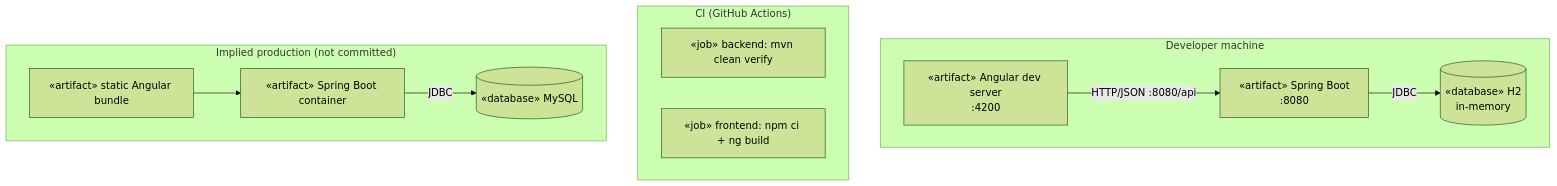
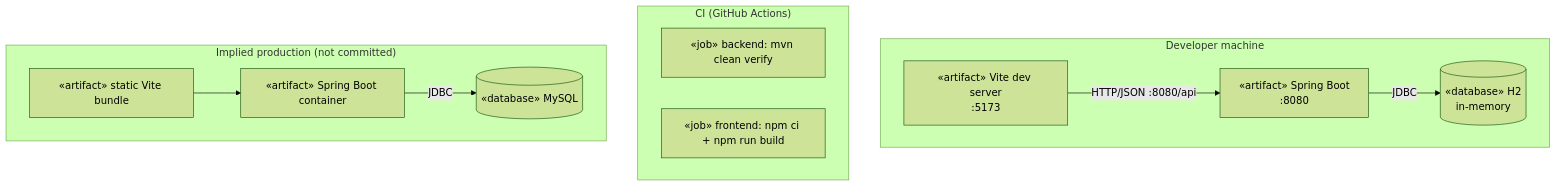
Before and after one commit to elel-m-b/CareerPilot: diagram 14 of 14 in docs/UML_DIAGRAMS.md, drawn with Mermaid (forest theme). The commit also changed other lines of this file and 173 other files, not shown here.

````diff
--- a/docs/UML_DIAGRAMS.md
+++ b/docs/UML_DIAGRAMS.md
@@ -533,23 +533,23 @@
 ```mermaid
 graph TD
     subgraph DevMachine["Developer machine"]
-        FE["«artifact» Angular dev server<br/>:4200"]
+        FE["«artifact» Vite dev server<br/>:5173"]
         BE["«artifact» Spring Boot<br/>:8080"]
         H2[("«database» H2<br/>in-memory")]
     end
     FE -- "HTTP/JSON :8080/api" --> BE
     BE -- "JDBC" --> H2
 
     subgraph CI["CI (GitHub Actions)"]
         CI_B["«job» backend: mvn clean verify"]
-        CI_F["«job» frontend: npm ci + ng build"]
+        CI_F["«job» frontend: npm ci + npm run build"]
     end
 
     subgraph Prod["Implied production (not committed)"]
-        P_FE["«artifact» static Angular bundle"]
+        P_FE["«artifact» static Vite bundle"]
         P_BE["«artifact» Spring Boot container"]
         P_DB[("«database» MySQL")]
     end
     P_FE --> P_BE
     P_BE -- "JDBC" --> P_DB
 ```
````
